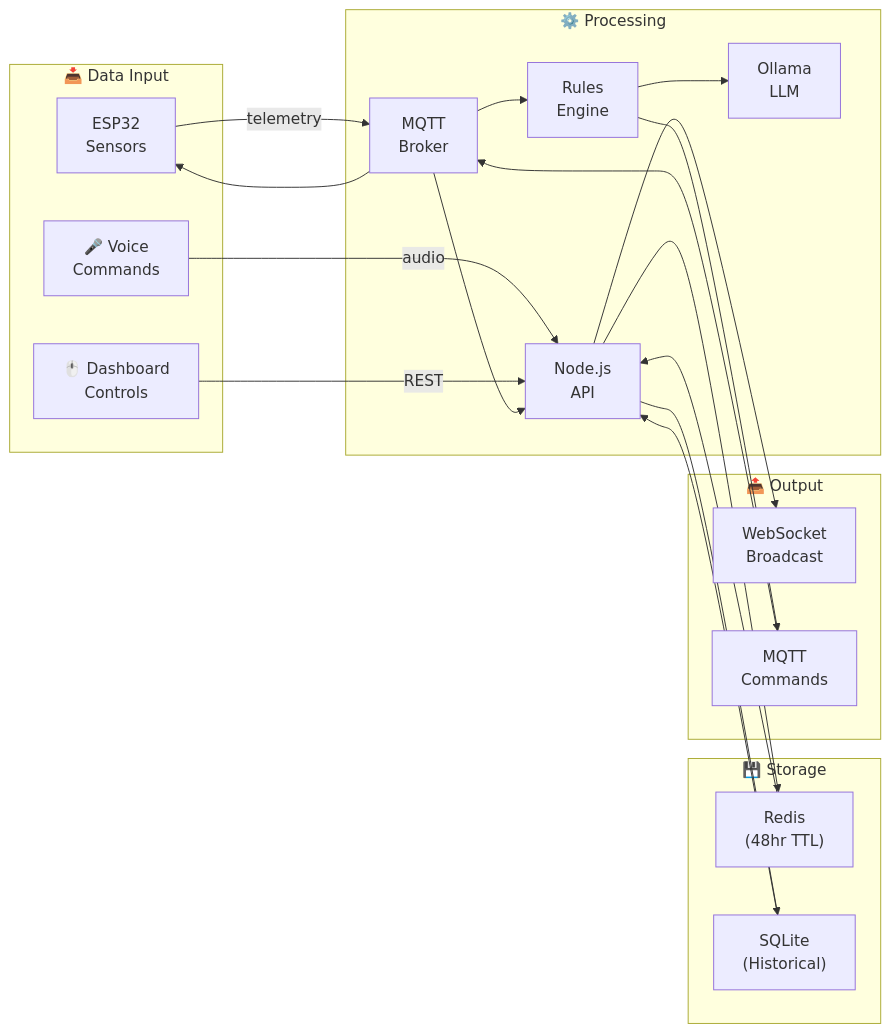
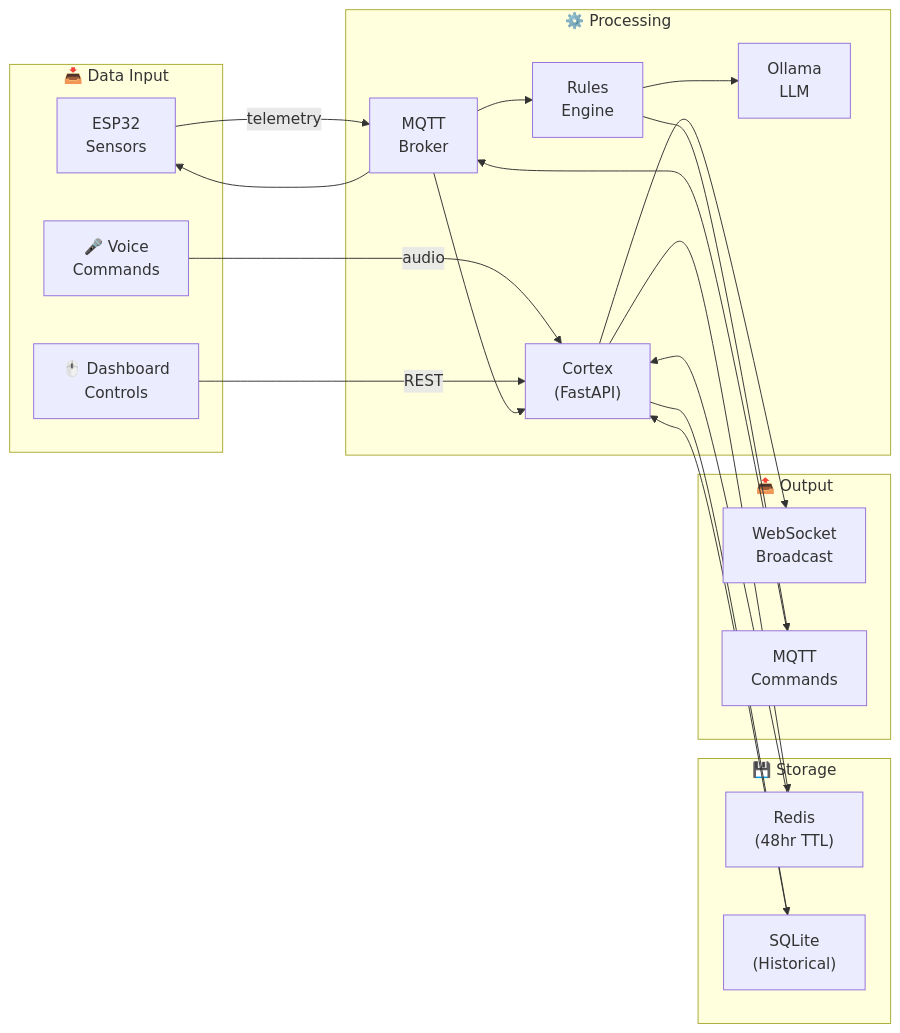
The second of 8 diagrams in README.md (curtisblanchette/my-esp32-project), drawn with Mermaid before and after one commit. The commit also changed other lines of this file and 26 other files, not shown here.

````diff
--- a/README.md
+++ b/README.md
@@ -85,42 +76,42 @@
 ```mermaid
 flowchart LR
     subgraph Input["📥 Data Input"]
         ESP32["ESP32<br/>Sensors"]
         Voice["🎤 Voice<br/>Commands"]
         UI["🖱️ Dashboard<br/>Controls"]
     end
 
     subgraph Processing["⚙️ Processing"]
         MQTT["MQTT<br/>Broker"]
-        API["Node.js<br/>API"]
+        Cortex["Cortex<br/>(FastAPI)"]
         Rules["Rules<br/>Engine"]
         LLM["Ollama<br/>LLM"]
     end
 
     subgraph Storage["💾 Storage"]
         Redis["Redis<br/>(48hr TTL)"]
         SQLite["SQLite<br/>(Historical)"]
     end
 
     subgraph Output["📤 Output"]
         WS["WebSocket<br/>Broadcast"]
         Commands["MQTT<br/>Commands"]
     end
 
     ESP32 -->|telemetry| MQTT
-    Voice -->|audio| API
-    UI -->|REST| API
+    Voice -->|audio| Cortex
+    UI -->|REST| Cortex
 
-    MQTT --> API
+    MQTT --> Cortex
     MQTT --> Rules
-    API --> Redis
-    API --> SQLite
+    Cortex --> Redis
+    Cortex --> SQLite
     Rules --> LLM
     Rules --> Commands
 
-    Redis --> API
-    SQLite --> API
-    API --> WS
+    Redis --> Cortex
+    SQLite --> Cortex
+    Cortex --> WS
     Commands --> MQTT
     MQTT --> ESP32
 ```
````
